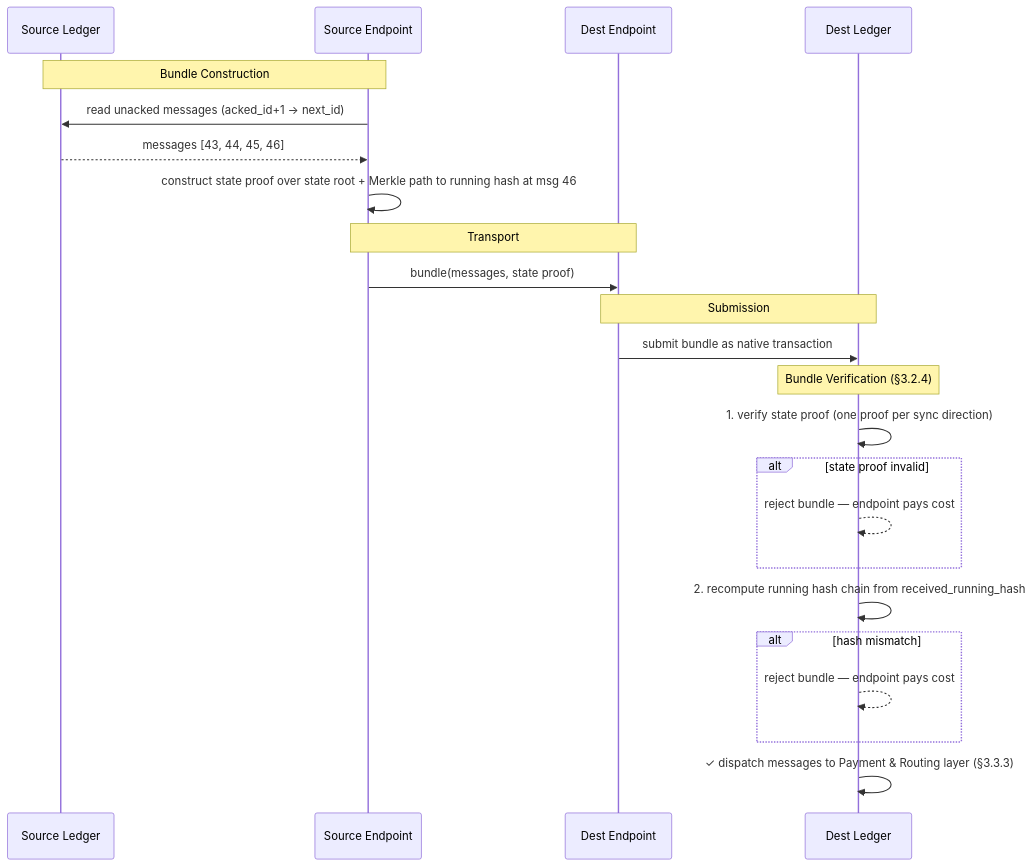
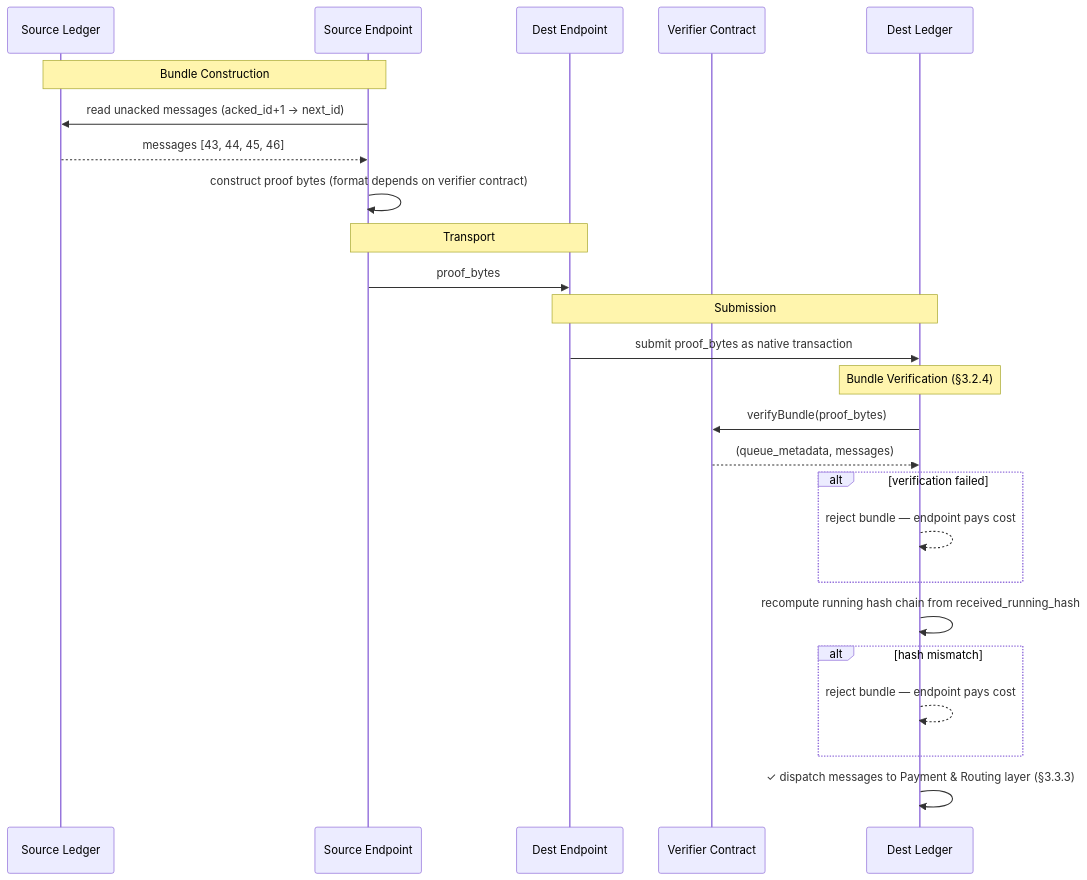
One commit to hiero-ledger/hiero-consensus-node changed the fourth of 5 diagrams in hedera-node/docs/design/services/clpr-service/clpr-service.md. Above: the diagram before and after it, drawn with Mermaid. The commit also changed other lines of this file, not shown here.

Commit message:
(docs): replace the state proof system.

````diff
--- a/hedera-node/docs/design/services/clpr-service/clpr-service.md
+++ b/hedera-node/docs/design/services/clpr-service/clpr-service.md
@@ -912,29 +699,31 @@
 ```mermaid
 sequenceDiagram
     participant SRC as Source Ledger
     participant EP_S as Source Endpoint
     participant EP_D as Dest Endpoint
+    participant VC as Verifier Contract
     participant DST as Dest Ledger
 
     Note over SRC,EP_S: Bundle Construction
     EP_S->>SRC: read unacked messages (acked_id+1 → next_id)
     SRC-->>EP_S: messages [43, 44, 45, 46]
-    EP_S->>EP_S: construct state proof over state root + Merkle path to running hash at msg 46
+    EP_S->>EP_S: construct proof bytes (format depends on verifier contract)
 
     Note over EP_S,EP_D: Transport
-    EP_S->>EP_D: bundle(messages, state proof)
+    EP_S->>EP_D: proof_bytes
 
     Note over EP_D,DST: Submission
-    EP_D->>DST: submit bundle as native transaction
+    EP_D->>DST: submit proof_bytes as native transaction
 
     Note over DST: Bundle Verification (§3.2.4)
-    DST->>DST: 1. verify state proof (one proof per sync direction)
-    alt state proof invalid
+    DST->>VC: verifyBundle(proof_bytes)
+    VC-->>DST: (queue_metadata, messages)
+    alt verification failed
         DST-->>DST: reject bundle — endpoint pays cost
     end
-    DST->>DST: 2. recompute running hash chain from received_running_hash
+    DST->>DST: recompute running hash chain from received_running_hash
     alt hash mismatch
         DST-->>DST: reject bundle — endpoint pays cost
     end
     DST->>DST: ✓ dispatch messages to Payment & Routing layer (§3.3.3)
 ```
````
